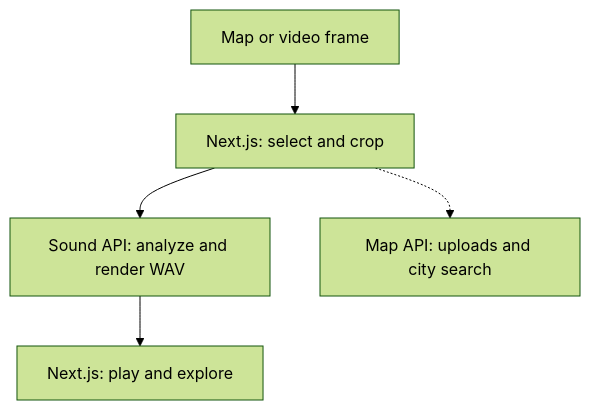
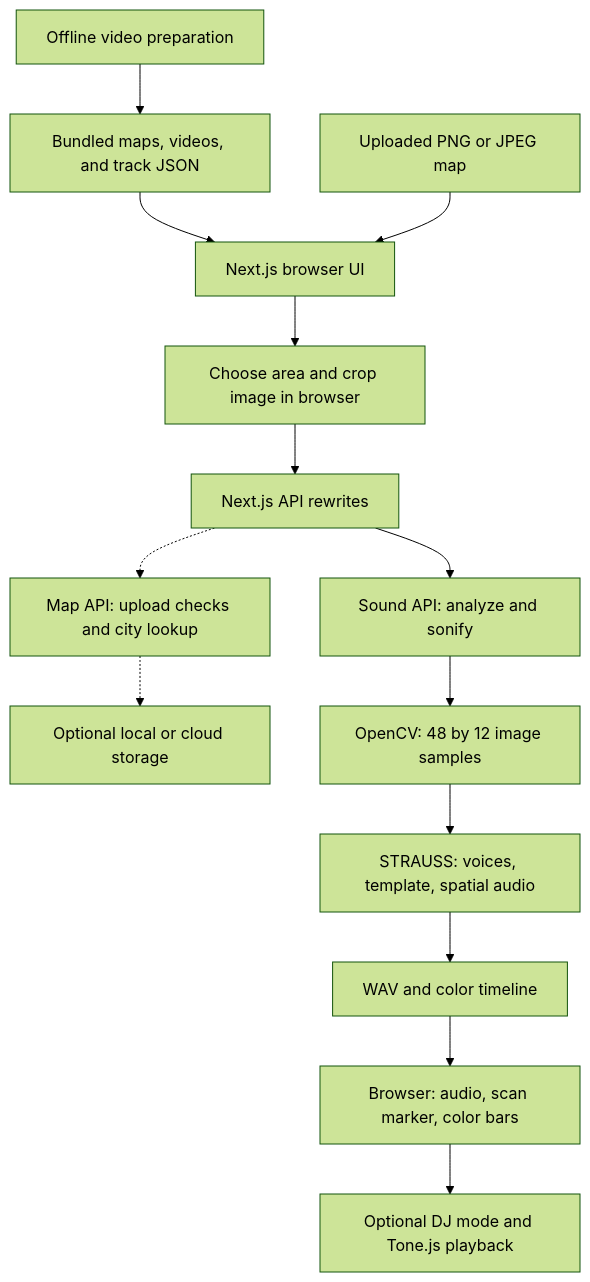
One commit to Mretmna/lychee-juicebox changed the diagram in README.md. Above: the diagram before and after it, drawn with Mermaid (forest theme). The commit also changed other lines of this file, not shown here.

Commit message:
Document full Lychee Juicebox architecture in README

````diff
--- a/README.md
+++ b/README.md
@@ -14,7 +14,16 @@
 ```mermaid
 flowchart TD
-    A["Map or video frame"] --> B["Next.js: select and crop"]
-    B --> C["Sound API: analyze and render WAV"]
-    C --> D["Next.js: play and explore"]
-    B -.-> E["Map API: uploads and city search"]
+    O["Offline video preparation"] --> A["Bundled maps, videos, and track JSON"]
+    A --> F["Next.js browser UI"]
+    U["Uploaded PNG or JPEG map"] --> F
+    F --> C["Choose area and crop image in browser"]
+    C --> P["Next.js API rewrites"]
+    P --> S["Sound API: analyze and sonify"]
+    P -.-> M["Map API: upload checks and city lookup"]
+    M -.-> L["Optional local or cloud storage"]
+    S --> I["OpenCV: 48 by 12 image samples"]
+    I --> T["STRAUSS: voices, template, spatial audio"]
+    T --> W["WAV and color timeline"]
+    W --> B["Browser: audio, scan marker, color bars"]
+    B --> D["Optional DJ mode and Tone.js playback"]
 ```
````
